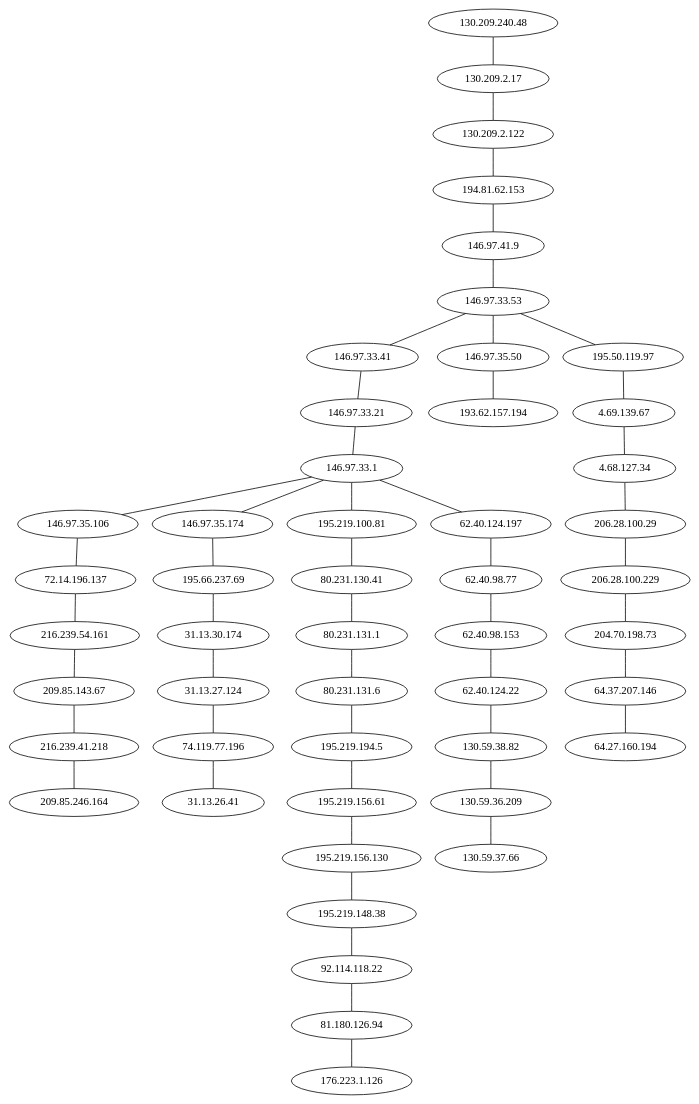
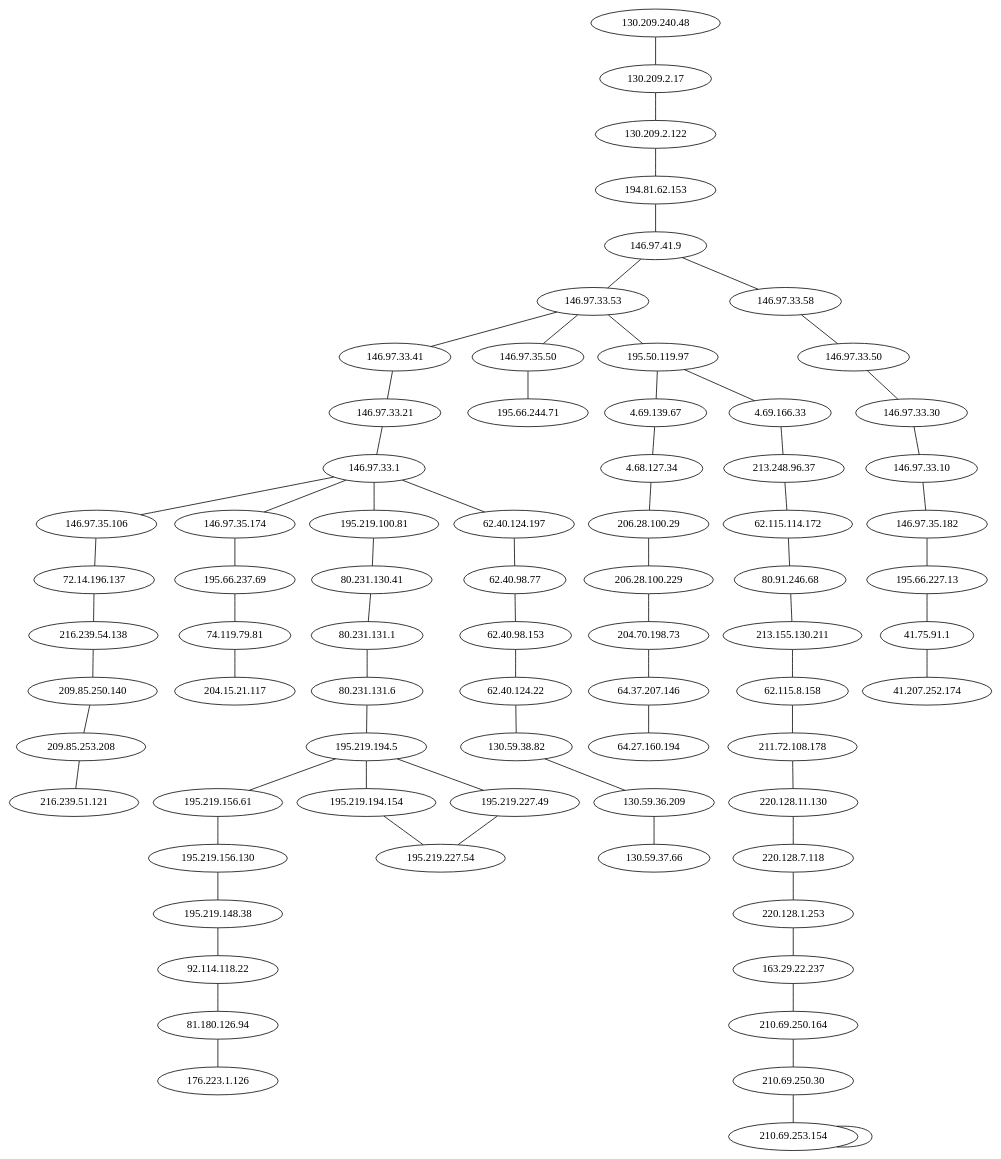
One commit to nclandrei/L3-Coursework changed the diagram in NS/AX2/router-topology.dot. Above: the diagram before and after it, drawn with Graphviz. The commit also changed 5 other files, not shown here.

```diff
--- a/NS/AX2/router-topology.dot
+++ b/NS/AX2/router-topology.dot
@@ -1,50 +1,75 @@
 graph routertopology {
 "130.209.2.122" -- "194.81.62.153"
 "130.209.2.17" -- "130.209.2.122"
 "130.209.240.48" -- "130.209.2.17"
 "130.59.36.209" -- "130.59.37.66"
 "130.59.38.82" -- "130.59.36.209"
+"146.97.33.10" -- "146.97.35.182"
 "146.97.33.1" -- "146.97.35.106"
 "146.97.33.1" -- "146.97.35.174"
 "146.97.33.1" -- "195.219.100.81"
 "146.97.33.1" -- "62.40.124.197"
 "146.97.33.21" -- "146.97.33.1"
+"146.97.33.30" -- "146.97.33.10"
 "146.97.33.41" -- "146.97.33.21"
+"146.97.33.50" -- "146.97.33.30"
 "146.97.33.53" -- "146.97.33.41"
 "146.97.33.53" -- "146.97.35.50"
 "146.97.33.53" -- "195.50.119.97"
+"146.97.33.58" -- "146.97.33.50"
 "146.97.35.106" -- "72.14.196.137"
 "146.97.35.174" -- "195.66.237.69"
-"146.97.35.50" -- "193.62.157.194"
+"146.97.35.182" -- "195.66.227.13"
+"146.97.35.50" -- "195.66.244.71"
 "146.97.41.9" -- "146.97.33.53"
+"146.97.41.9" -- "146.97.33.58"
+"163.29.22.237" -- "210.69.250.164"
 "194.81.62.153" -- "146.97.41.9"
 "195.219.100.81" -- "80.231.130.41"
 "195.219.148.38" -- "92.114.118.22"
 "195.219.156.130" -- "195.219.148.38"
 "195.219.156.61" -- "195.219.156.130"
+"195.219.194.154" -- "195.219.227.54"
 "195.219.194.5" -- "195.219.156.61"
+"195.219.194.5" -- "195.219.194.154"
+"195.219.194.5" -- "195.219.227.49"
+"195.219.227.49" -- "195.219.227.54"
 "195.50.119.97" -- "4.69.139.67"
-"195.66.237.69" -- "31.13.30.174"
+"195.50.119.97" -- "4.69.166.33"
+"195.66.227.13" -- "41.75.91.1"
+"195.66.237.69" -- "74.119.79.81"
 "204.70.198.73" -- "64.37.207.146"
 "206.28.100.229" -- "204.70.198.73"
 "206.28.100.29" -- "206.28.100.229"
-"209.85.143.67" -- "216.239.41.218"
-"216.239.41.218" -- "209.85.246.164"
-"216.239.54.161" -- "209.85.143.67"
-"31.13.27.124" -- "74.119.77.196"
-"31.13.30.174" -- "31.13.27.124"
+"209.85.250.140" -- "209.85.253.208"
+"209.85.253.208" -- "216.239.51.121"
+"210.69.250.164" -- "210.69.250.30"
+"210.69.250.30" -- "210.69.253.154"
+"210.69.253.154" -- "210.69.253.154"
+"211.72.108.178" -- "220.128.11.130"
+"213.155.130.211" -- "62.115.8.158"
+"213.248.96.37" -- "62.115.114.172"
+"216.239.54.138" -- "209.85.250.140"
+"220.128.11.130" -- "220.128.7.118"
+"220.128.1.253" -- "163.29.22.237"
+"220.128.7.118" -- "220.128.1.253"
+"41.75.91.1" -- "41.207.252.174"
 "4.68.127.34" -- "206.28.100.29"
 "4.69.139.67" -- "4.68.127.34"
+"4.69.166.33" -- "213.248.96.37"
+"62.115.114.172" -- "80.91.246.68"
+"62.115.8.158" -- "211.72.108.178"
 "62.40.124.197" -- "62.40.98.77"
 "62.40.124.22" -- "130.59.38.82"
 "62.40.98.153" -- "62.40.124.22"
 "62.40.98.77" -- "62.40.98.153"
 "64.37.207.146" -- "64.27.160.194"
-"72.14.196.137" -- "216.239.54.161"
-"74.119.77.196" -- "31.13.26.41"
+"72.14.196.137" -- "216.239.54.138"
+"74.119.79.81" -- "204.15.21.117"
 "80.231.130.41" -- "80.231.131.1"
 "80.231.131.1" -- "80.231.131.6"
 "80.231.131.6" -- "195.219.194.5"
+"80.91.246.68" -- "213.155.130.211"
 "81.180.126.94" -- "176.223.1.126"
 "92.114.118.22" -- "81.180.126.94"
 }
```
